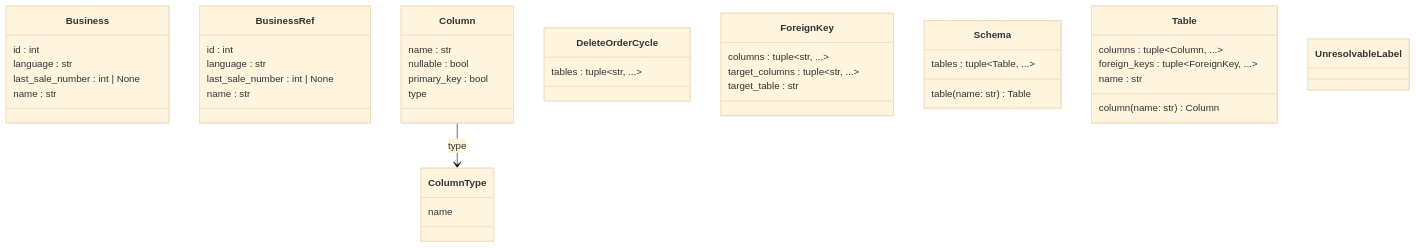
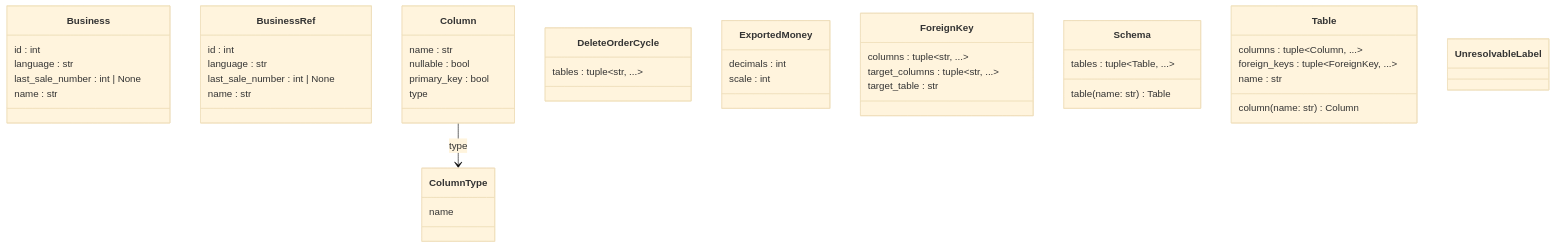
The fourth of 6 diagrams in docs/architecture/generated/classes/business_removal.md (GonzaloZevallos/apostrophe), drawn with Mermaid (base theme) before and after one commit. The commit also changed other lines of this file and 1 other file, not shown here.

Commit message:
Refresh the generated architecture docs for the export's money format reader

````diff
--- a/docs/architecture/generated/classes/business_removal.md
+++ b/docs/architecture/generated/classes/business_removal.md
@@ -86,45 +89,49 @@
 ```mermaid
 classDiagram
   class Business {
     id : int
     language : str
     last_sale_number : int #124; None
     name : str
   }
   class BusinessRef {
     id : int
     language : str
     last_sale_number : int #124; None
     name : str
   }
   class Column {
     name : str
     nullable : bool
     primary_key : bool
     type
   }
   class ColumnType {
     name
   }
   class DeleteOrderCycle {
     tables : tuple~str, ...~
   }
+  class ExportedMoney {
+    decimals : int
+    scale : int
+  }
   class ForeignKey {
     columns : tuple~str, ...~
     target_columns : tuple~str, ...~
     target_table : str
   }
   class Schema {
     tables : tuple~Table, ...~
     table(name: str) Table
   }
   class Table {
     columns : tuple~Column, ...~
     foreign_keys : tuple~ForeignKey, ...~
     name : str
     column(name: str) Column
   }
   class UnresolvableLabel {
   }
   Column --> ColumnType : type
 ```
````
